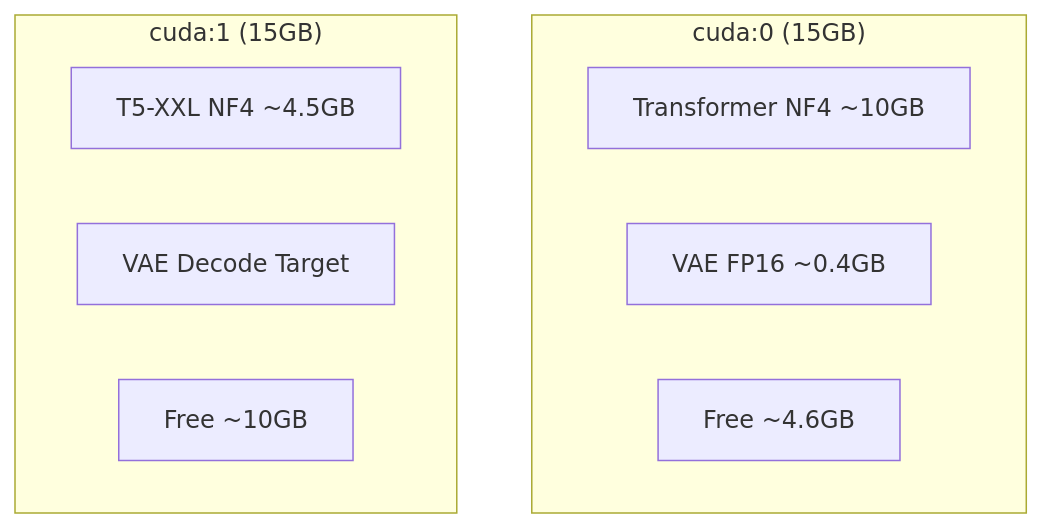
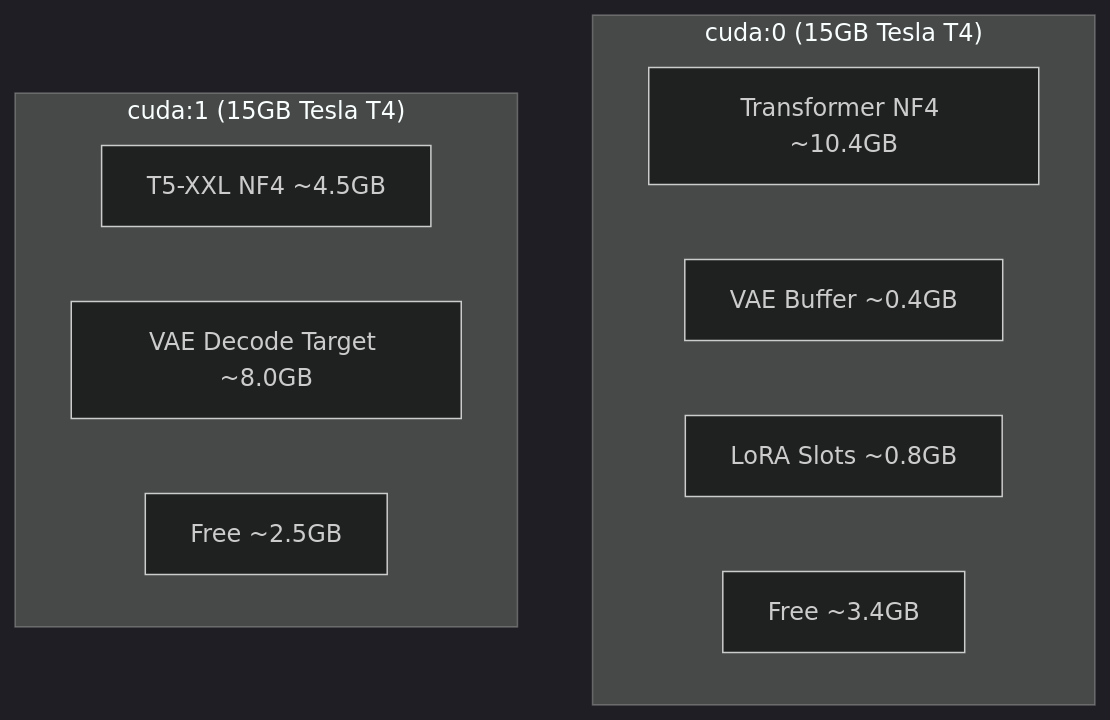
Before and after one commit to DamnKuldeep/ltxv-13b-distilled-free-gpu-pipeline: the second of 3 diagrams in README.md, drawn with Mermaid. The commit also changed other lines of this file and 2 other files, not shown here.

````diff
--- a/README.md
+++ b/README.md
@@ -76,13 +83,15 @@
 ```mermaid
+%%{init: {'theme': 'dark'}}%%
 graph TD
-    subgraph GPU0 ["cuda:0 (15GB)"]
-        T[Transformer NF4 ~10GB]
-        V[VAE FP16 ~0.4GB]
-        F0[Free ~4.6GB]
+    subgraph GPU0 ["cuda:0 (15GB Tesla T4)"]
+        T[Transformer NF4 ~10.4GB]
+        V[VAE Buffer ~0.4GB]
+        L[LoRA Slots ~0.8GB]
+        F0[Free ~3.4GB]
     end
-    subgraph GPU1 ["cuda:1 (15GB)"]
+    subgraph GPU1 ["cuda:1 (15GB Tesla T4)"]
         T5[T5-XXL NF4 ~4.5GB]
-        VD[VAE Decode Target]
-        F1[Free ~10GB]
+        VD[VAE Decode Target ~8.0GB]
+        F1[Free ~2.5GB]
     end
 ```
````
